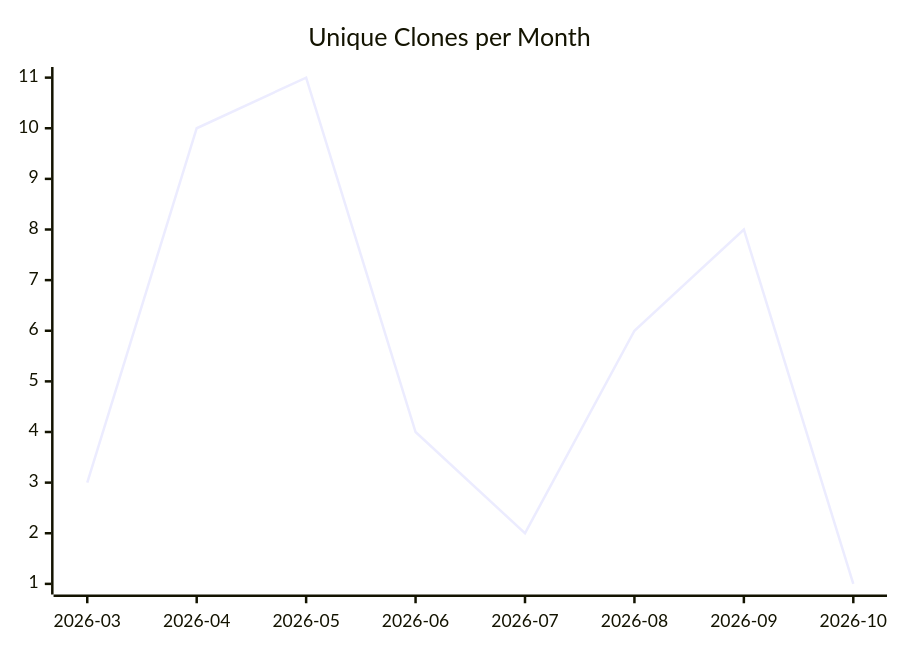
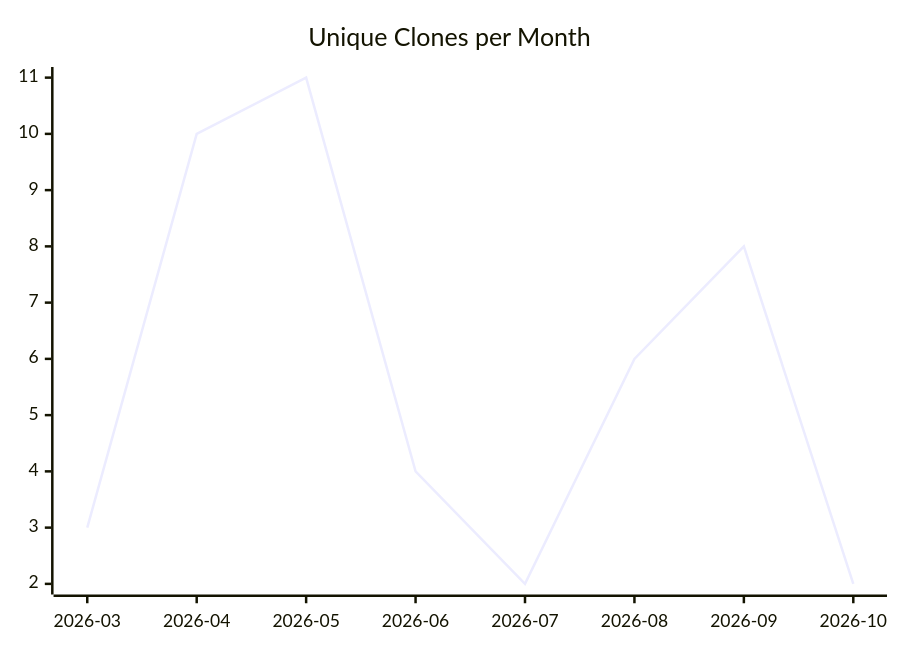
Before and after one commit to justdavis-family/github-analytics-data: the third of 3 diagrams in karlmdavis/bbonfhir-dev-infra-docker/README.md, drawn with Mermaid. The commit also changed other lines of this file and 203 other files, not shown here.

````diff
--- a/karlmdavis/bbonfhir-dev-infra-docker/README.md
+++ b/karlmdavis/bbonfhir-dev-infra-docker/README.md
@@ -19,6 +19,6 @@
 ```mermaid
 xychart-beta
   title "Unique Clones per Month"
   x-axis ["2026-03", "2026-04", "2026-05", "2026-06", "2026-07", "2026-08", "2026-09", "2026-10"]
-  line [3, 10, 11, 4, 2, 6, 8, 1]
+  line [3, 10, 11, 4, 2, 6, 8, 2]
 ```
````
